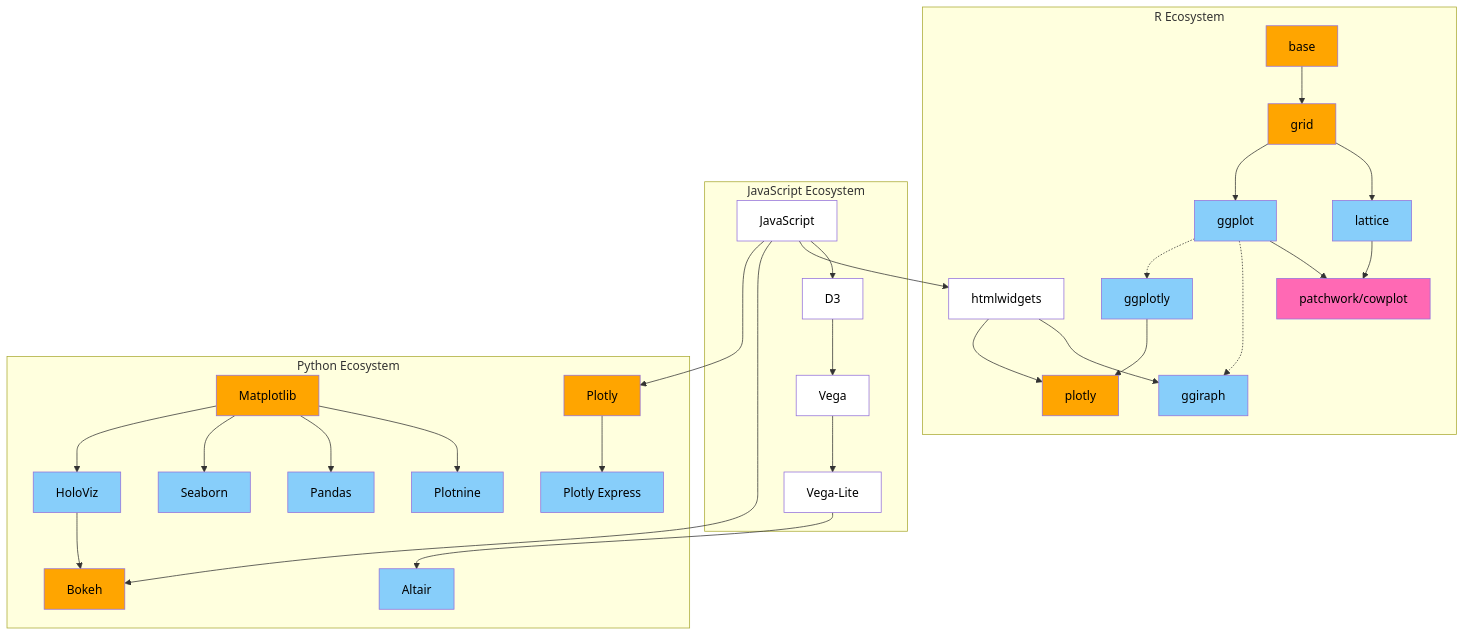
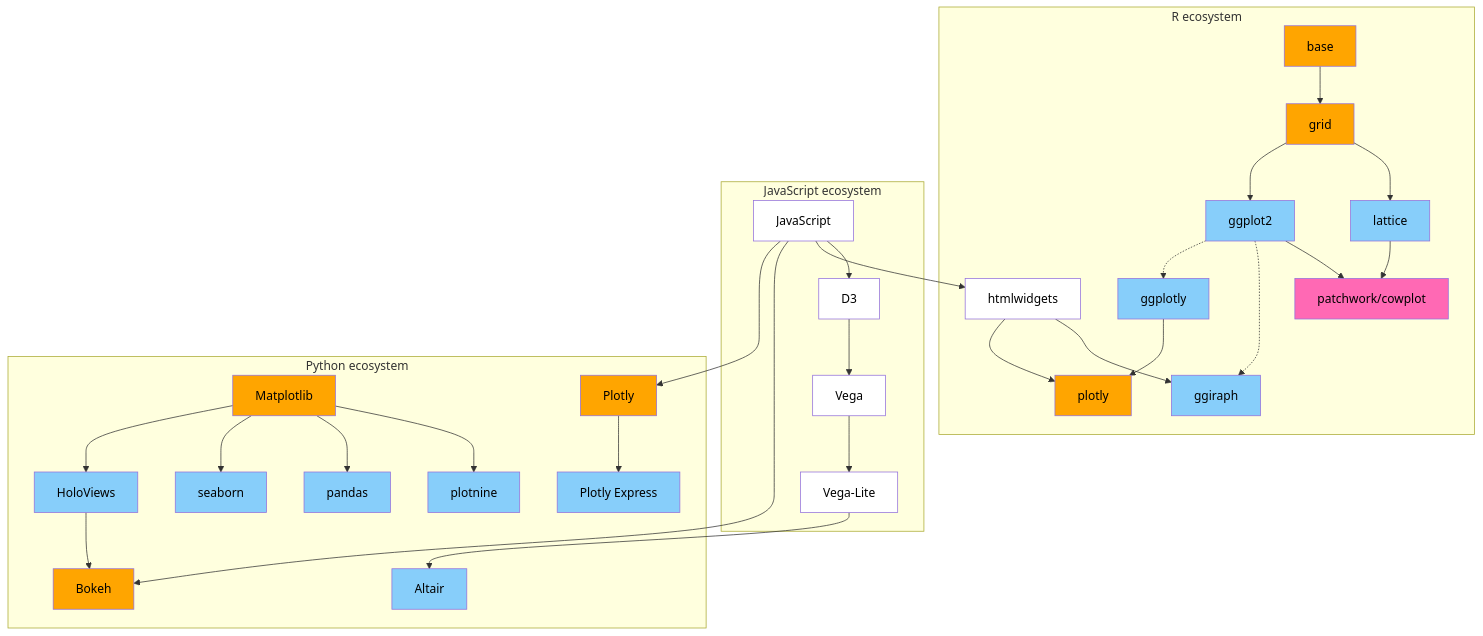
The first of 2 diagrams in textbook/2_grammar-of-graphics.qmd (joelostblom/viz-oer), drawn with Mermaid before and after one commit. The commit also changed other lines of this file, not shown here.

````diff
--- a/textbook/2_grammar-of-graphics.qmd
+++ b/textbook/2_grammar-of-graphics.qmd
@@ -457,67 +461,67 @@
 ```{mermaid}
 %%| label: visualization-ecosystem
 %%| mermaid-format: png
 %%{init: {'flowchart': {'width': 800}}}%%
 graph TD
     %% Color definitions
     classDef alignmentTool fill:#FF69B4,color:#000
     classDef highLevel fill:#87CEFA,color:#000
     classDef lowLevel fill:#FFA500,color:#000
     classDef javascript fill:#FFFFFF,color:#000
 
     %% R ecosystem
     base[base]:::lowLevel
     grid[grid]:::lowLevel
     lattice[lattice]:::highLevel
-    ggplot[ggplot]:::highLevel
+    ggplot[ggplot2]:::highLevel
     ggiraph[ggiraph]:::highLevel
     ggplotly[ggplotly]:::highLevel
     plotly_r[plotly]:::lowLevel
     patchwork[patchwork/cowplot]:::alignmentTool
     htmlwidgets[htmlwidgets]:::javascript
 
     %% JavaScript-related
     js[JavaScript]:::javascript
     d3[D3]:::javascript
     vega[Vega]:::javascript
     vegalite[Vega-Lite]:::javascript
 
     %% Python ecosystem
     matplotlib[Matplotlib]:::lowLevel
-    plotnine[Plotnine]:::highLevel
-    pandas[Pandas]:::highLevel
-    seaborn[Seaborn]:::highLevel
-    holoviz[HoloViz]:::highLevel
+    plotnine[plotnine]:::highLevel
+    pandas[pandas]:::highLevel
+    seaborn[seaborn]:::highLevel
+    holoviews[HoloViews]:::highLevel
     bokeh[Bokeh]:::lowLevel
     plotly_py[Plotly]:::lowLevel
     plotly_express[Plotly Express]:::highLevel
     altair[Altair]:::highLevel
 
     %% Subgraph for R ecosystem
-    subgraph R_Ecosystem[R Ecosystem]
+    subgraph R_Ecosystem[R ecosystem]
         base --> grid
         grid --> lattice & ggplot
         lattice & ggplot --> patchwork
         ggplot -.-> ggiraph & ggplotly
         ggplotly --> plotly_r
         htmlwidgets --> ggiraph & plotly_r
     end
 
     %% Subgraph for JavaScript ecosystem
-    subgraph JS_Ecosystem[JavaScript Ecosystem]
+    subgraph JS_Ecosystem[JavaScript ecosystem]
         js --> d3
         d3 --> vega
         vega --> vegalite
     end
 
     %% Subgraph for Python ecosystem
-    subgraph Python_Ecosystem[Python Ecosystem]
-        matplotlib --> plotnine & pandas & seaborn & holoviz
-        holoviz --> bokeh
+    subgraph Python_Ecosystem[Python ecosystem]
+        matplotlib --> plotnine & pandas & seaborn & holoviews
+        holoviews --> bokeh
         plotly_py --> plotly_express
         vegalite --> altair
     end
 
     %% Connections between ecosystems
     js --> htmlwidgets & bokeh & plotly_py
 ```
````
